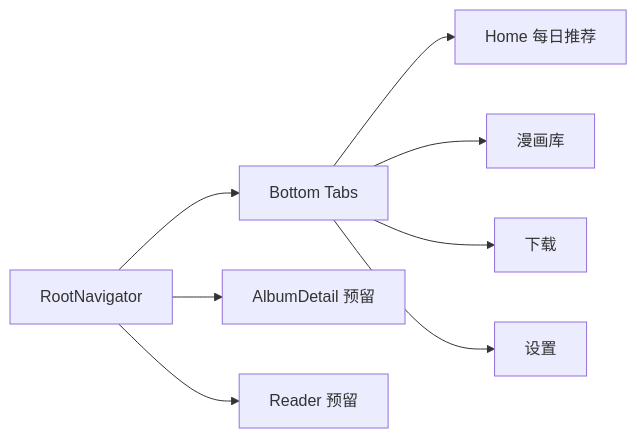
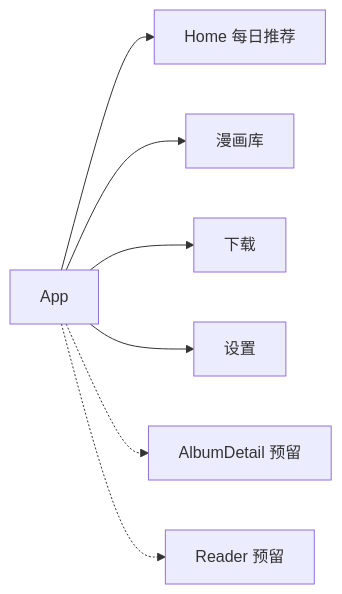
One commit to aDarkMaker/JMFM changed the second of 2 diagrams in docs/architecture/ui.md. Above: the diagram before and after it, drawn with Mermaid. The commit also changed other lines of this file and 27 other files, not shown here.

Commit message:
docs: migrate architecture docs to capacitor stack

````diff
--- a/docs/architecture/ui.md
+++ b/docs/architecture/ui.md
@@ -45,12 +45,10 @@
 ```mermaid
 flowchart LR
-    root["RootNavigator"]
-    tabs["Bottom Tabs"]
-    root --> tabs
-    tabs --> home["Home 每日推荐"]
-    tabs --> lib["漫画库"]
-    tabs --> tasks["下载"]
-    tabs --> settings["设置"]
-    root --> detail["AlbumDetail 预留"]
-    root --> reader["Reader 预留"]
+    root["App"]
+    root --> home["Home 每日推荐"]
+    root --> lib["漫画库"]
+    root --> tasks["下载"]
+    root --> settings["设置"]
+    root -.-> detail["AlbumDetail 预留"]
+    root -.-> reader["Reader 预留"]
 ```
````
